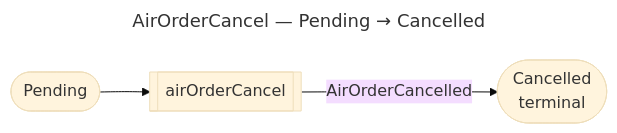
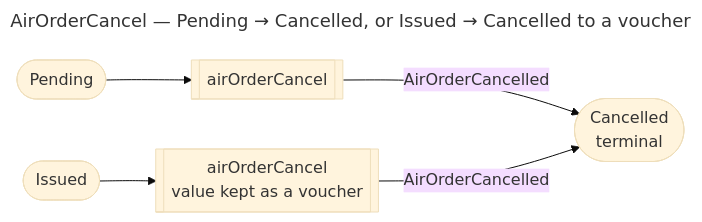
Before and after one commit to AirGateway/AGW-v2-Canonical: the fourth of 18 diagrams in ORDER-STATE-MACHINE.md, drawn with Mermaid (base theme). The commit also changed other lines of this file, not shown here.

First line of the commit message:
spec(order-states): an issued order cancelled to a voucher goes to Cancelled

````diff
--- a/ORDER-STATE-MACHINE.md
+++ b/ORDER-STATE-MACHINE.md
@@ -146,8 +146,10 @@
 ```mermaid
 ---
-title: "AirOrderCancel — Pending → Cancelled"
+title: "AirOrderCancel — Pending → Cancelled, or Issued → Cancelled to a voucher"
 ---
 flowchart LR
     S(["Pending"]) --> C[["airOrderCancel"]]
+    I(["Issued"]) --> V[["airOrderCancel<br/>value kept as a voucher"]]
     C -- AirOrderCancelled --> T(["Cancelled<br/>terminal"])
+    V -- AirOrderCancelled --> T
 ```
````
